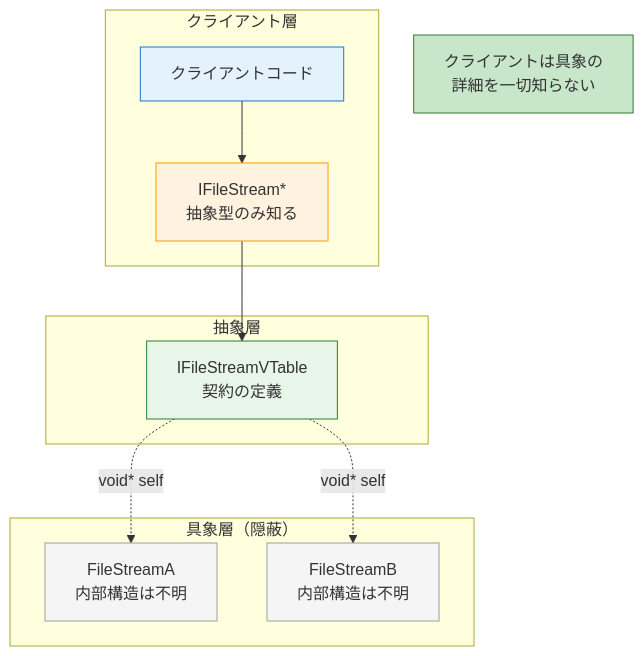
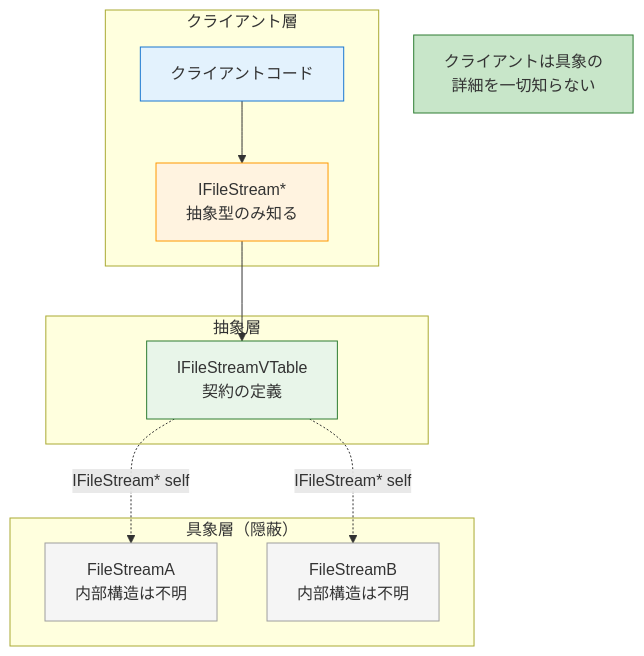
Before and after one commit to kumachan1101/BookProject: the third of 6 diagrams in 02_章別/14_第2部 第10章 リスコフ置換原則 (LSP) 多態性の安全性と契約の保証_01.md, drawn with Mermaid. The commit also changed other lines of this file and 98 other files, not shown here.

````diff
--- a/02_章別/14_第2部 第10章 リスコフ置換原則 (LSP) 多態性の安全性と契約の保証_01.md
+++ b/02_章別/14_第2部 第10章 リスコフ置換原則 (LSP) 多態性の安全性と契約の保証_01.md
@@ -302,25 +307,25 @@
 ```mermaid
 graph TB
     subgraph "クライアント層"
         Client[クライアントコード]
         Abstract[IFileStream*<br/>抽象型のみ知る]
     end
     subgraph "抽象層"
         VTable[IFileStreamVTable<br/>契約の定義]
     end
     subgraph "具象層（隠蔽）"
         ConcreteA[FileStreamA<br/>内部構造は不明]
         ConcreteB[FileStreamB<br/>内部構造は不明]
     end
     Client --> Abstract
     Abstract --> VTable
-    VTable -.->|"void* self"| ConcreteA
-    VTable -.->|"void* self"| ConcreteB
+    VTable -.->|"IFileStream* self"| ConcreteA
+    VTable -.->|"IFileStream* self"| ConcreteB
     style Client fill:#e3f2fd,stroke:#1976d2
     style Abstract fill:#fff3e0,stroke:#ff9800
     style VTable fill:#e8f5e9,stroke:#2e7d32
     style ConcreteA fill:#f5f5f5,stroke:#9e9e9e
     style ConcreteB fill:#f5f5f5,stroke:#9e9e9e
     Note[クライアントは具象の<br/>詳細を一切知らない]
     style Note fill:#c8e6c9,stroke:#2e7d32
 ```
````
